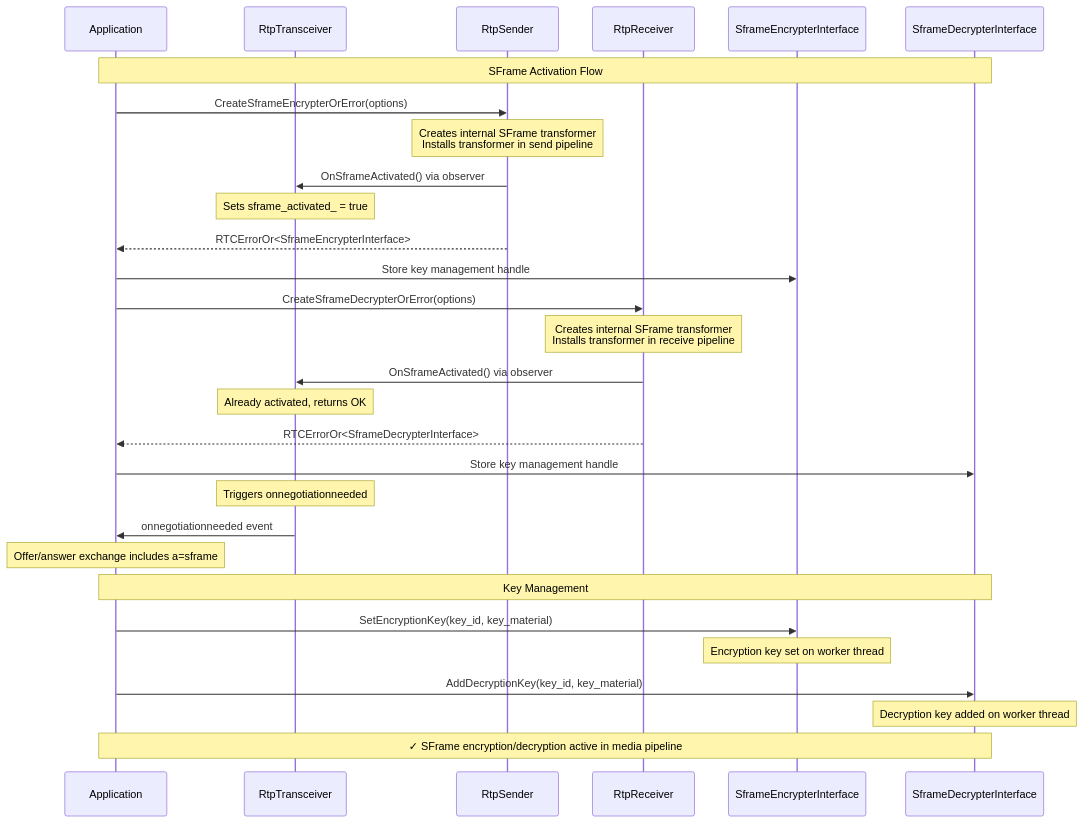
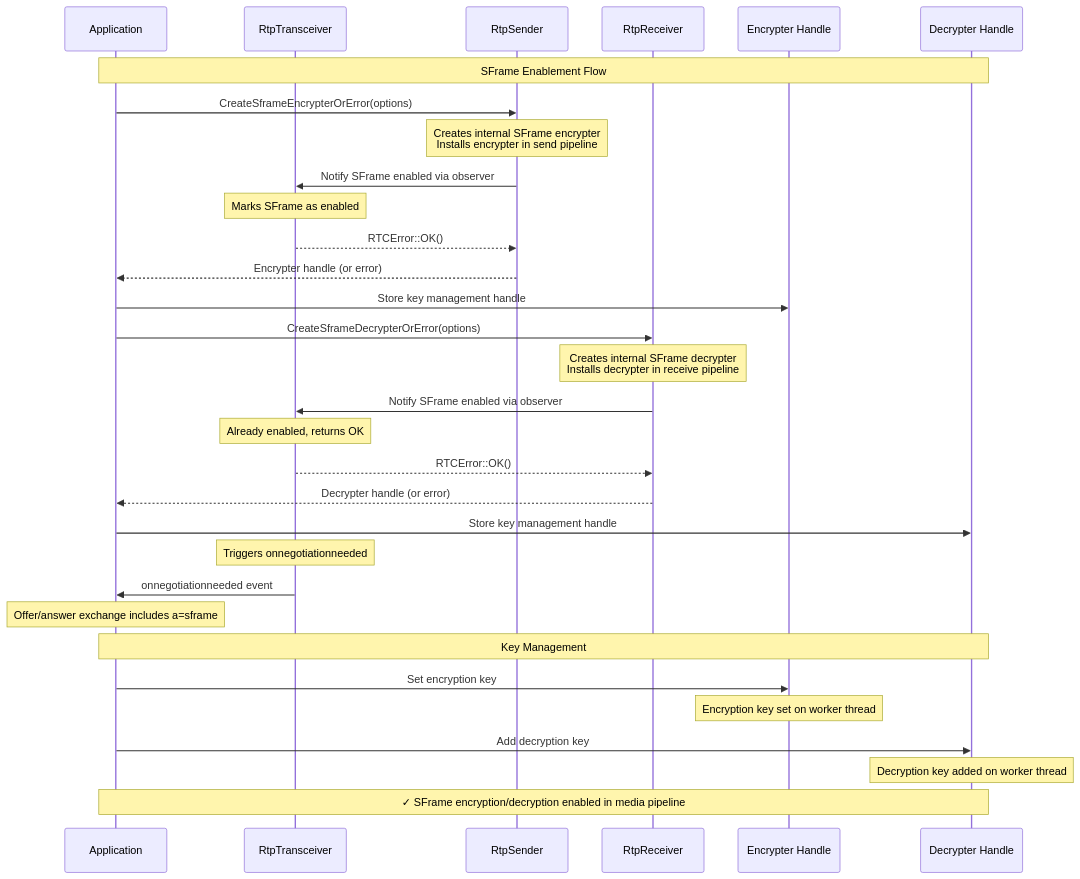
The first of 13 diagrams in README.md (webex/webrtc-sframe), drawn with Mermaid before and after one commit. The commit also changed other lines of this file and 1 other file, not shown here.

````diff
--- a/README.md
+++ b/README.md
@@ -15,40 +15,42 @@
 ```mermaid
 sequenceDiagram
     participant App as Application
     participant T as RtpTransceiver
     participant S as RtpSender
     participant R as RtpReceiver
-    participant EncHandle as SframeEncrypterInterface
-    participant DecHandle as SframeDecrypterInterface
+    participant EncHandle as Encrypter Handle
+    participant DecHandle as Decrypter Handle
 
-    Note over App,DecHandle: SFrame Activation Flow
+    Note over App,DecHandle: SFrame Enablement Flow
 
     App->>S: CreateSframeEncrypterOrError(options)
-    Note over S: Creates internal SFrame transformer<br/>Installs transformer in send pipeline
-    S->>T: OnSframeActivated() via observer
-    Note over T: Sets sframe_activated_ = true
-    S-->>App: RTCErrorOr<SframeEncrypterInterface>
+    Note over S: Creates internal SFrame encrypter<br/>Installs encrypter in send pipeline
+    S->>T: Notify SFrame enabled via observer
+    Note over T: Marks SFrame as enabled
+    T-->>S: RTCError::OK()
+    S-->>App: Encrypter handle (or error)
     App->>EncHandle: Store key management handle
 
     App->>R: CreateSframeDecrypterOrError(options)
-    Note over R: Creates internal SFrame transformer<br/>Installs transformer in receive pipeline
-    R->>T: OnSframeActivated() via observer
-    Note over T: Already activated, returns OK
-    R-->>App: RTCErrorOr<SframeDecrypterInterface>
+    Note over R: Creates internal SFrame decrypter<br/>Installs decrypter in receive pipeline
+    R->>T: Notify SFrame enabled via observer
+    Note over T: Already enabled, returns OK
+    T-->>R: RTCError::OK()
+    R-->>App: Decrypter handle (or error)
     App->>DecHandle: Store key management handle
 
     Note over T: Triggers onnegotiationneeded
     T->>App: onnegotiationneeded event
 
     Note over App: Offer/answer exchange includes a=sframe
 
     Note over App,DecHandle: Key Management
 
-    App->>EncHandle: SetEncryptionKey(key_id, key_material)
+    App->>EncHandle: Set encryption key
     Note over EncHandle: Encryption key set on worker thread
 
-    App->>DecHandle: AddDecryptionKey(key_id, key_material)
+    App->>DecHandle: Add decryption key
     Note over DecHandle: Decryption key added on worker thread
 
-    Note over App,DecHandle: ✓ SFrame encryption/decryption active in media pipeline
+    Note over App,DecHandle: ✓ SFrame encryption/decryption enabled in media pipeline
 ```
````
